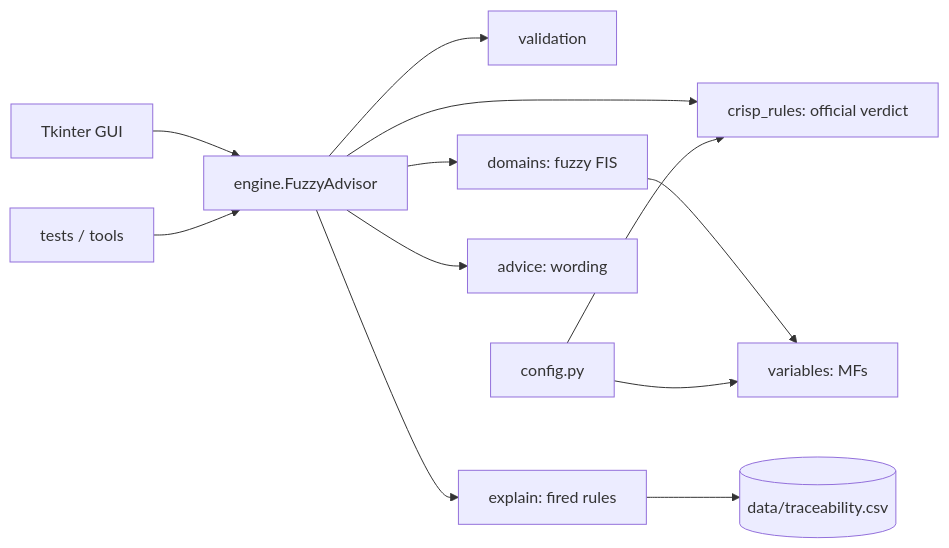
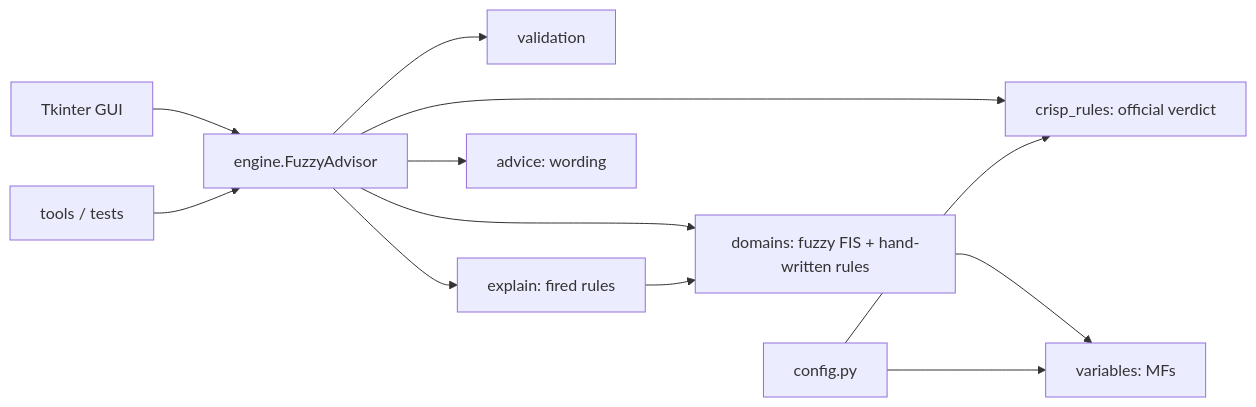
Before and after one commit to mhk61366-svg/bahria-handbook-fuzzy-advisor: the diagram in DESIGN.md, drawn with Mermaid. The commit also changed other lines of this file and 4 other files, not shown here.

````diff
--- a/DESIGN.md
+++ b/DESIGN.md
@@ -76,14 +98,14 @@
 ```mermaid
 flowchart LR
     GUI[Tkinter GUI] --> ENG[engine.FuzzyAdvisor]
-    TEST[tests / tools] --> ENG
+    TOOLS[tools / tests] --> ENG
     ENG --> VAL[validation]
     ENG --> CRISP[crisp_rules: official verdict]
-    ENG --> DOM[domains: fuzzy FIS]
+    ENG --> DOM[domains: fuzzy FIS + hand-written rules]
     DOM --> VAR[variables: MFs]
     ENG --> EXP[explain: fired rules]
+    EXP --> DOM
     ENG --> ADV[advice: wording]
-    EXP --> TRACE[(data/traceability.csv)]
     CFG[config.py] --> VAR
     CFG --> CRISP
 ```
````
